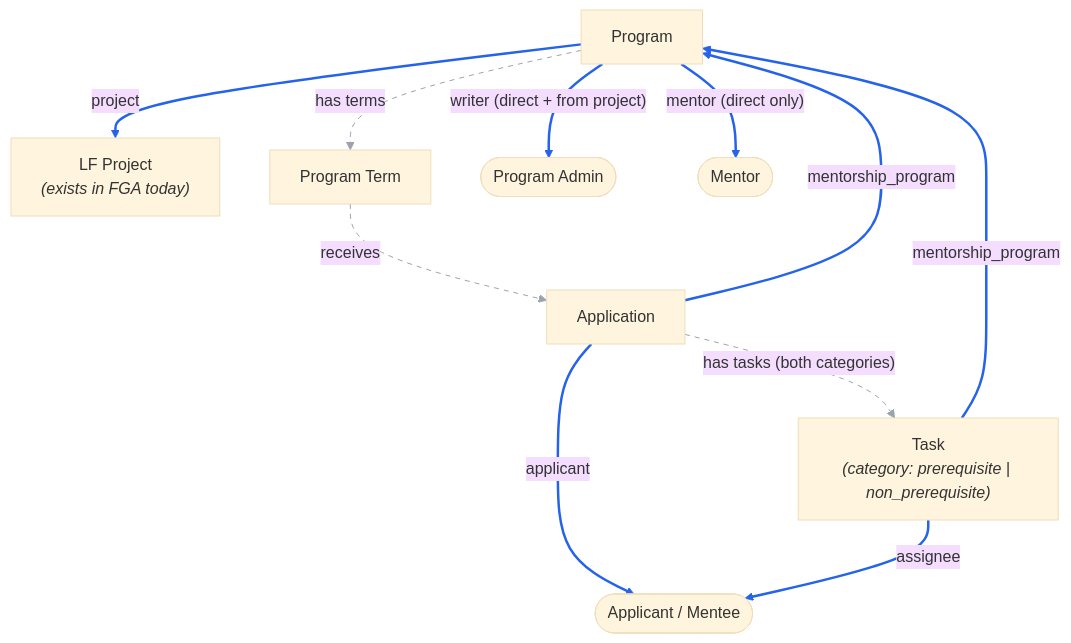
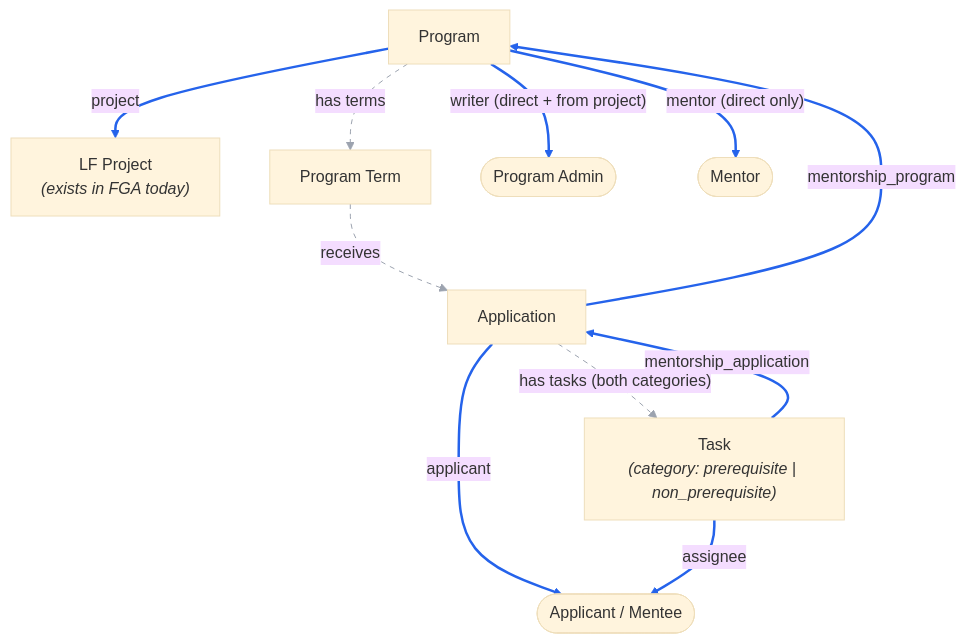
One commit to linuxfoundation/lfx-mentorship changed the diagram in docs/rewrite/04-authorization-model.md. Above: the diagram before and after it, drawn with Mermaid (base theme). The commit also changed other lines of this file and 2 other files, not shown here.

````diff
--- a/docs/rewrite/04-authorization-model.md
+++ b/docs/rewrite/04-authorization-model.md
@@ -42,26 +44,26 @@
 ```mermaid
 flowchart TB
     PROJECT["LF Project<br/><i>(exists in FGA today)</i>"]
     PROGRAM["Program"]
     TERM["Program Term"]
     APP["Application"]
     TASK["Task<br/><i>(category: prerequisite | non_prerequisite)</i>"]
     ADMIN(["Program Admin"])
     MENTOR(["Mentor"])
     MENTEE(["Applicant / Mentee"])
 
     PROGRAM ==>|"project"| PROJECT
     PROGRAM ==>|"writer (direct + from project)"| ADMIN
     PROGRAM ==>|"mentor (direct only)"| MENTOR
     APP ==>|"mentorship_program"| PROGRAM
     APP ==>|"applicant"| MENTEE
-    TASK ==>|"mentorship_program"| PROGRAM
+    TASK ==>|"mentorship_application"| APP
     TASK ==>|"assignee"| MENTEE
 
     PROGRAM -.->|"has terms"| TERM
     TERM -.->|"receives"| APP
     APP -.->|"has tasks (both categories)"| TASK
 
     linkStyle 0,1,2,3,4,5,6 stroke:#2563eb,stroke-width:2.5px
     linkStyle 7,8,9 stroke:#9ca3af,stroke-dasharray:5 5
 ```
````
